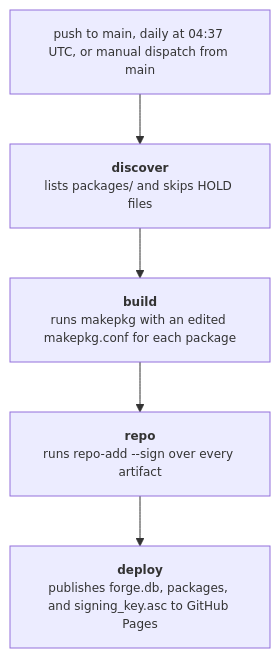
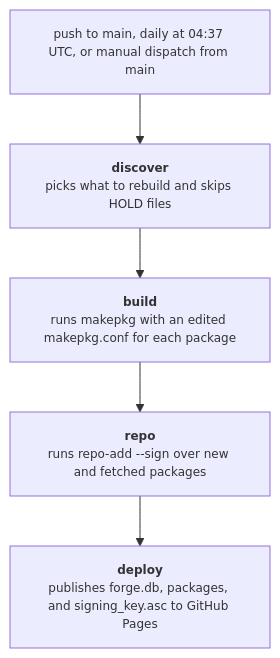
One commit to renownitall/forge changed the diagram in README.md. Above: the diagram before and after it, drawn with Mermaid. The commit also changed other lines of this file and 5 other files, not shown here.

First line of the commit message:
feat(ci): rebuild only what a push changed

````diff
--- a/README.md
+++ b/README.md
@@ -60,12 +62,12 @@
 ```mermaid
 %%{init: {"themeVariables": {"fontSize": "12px"}}}%%
 flowchart TD
     trigger["push to main, daily at 04:37 UTC, or manual dispatch from main"] --> discover["`**discover**
-lists packages/ and skips HOLD files`"]
+picks what to rebuild and skips HOLD files`"]
     discover --> build["`**build**
 runs makepkg with an edited makepkg.conf for each package`"]
     build --> repo["`**repo**
-runs repo-add --sign over every artifact`"]
+runs repo-add --sign over new and fetched packages`"]
     repo --> deploy["`**deploy**
 publishes forge.db, packages, and signing_key.asc to GitHub Pages`"]
 ```
````
